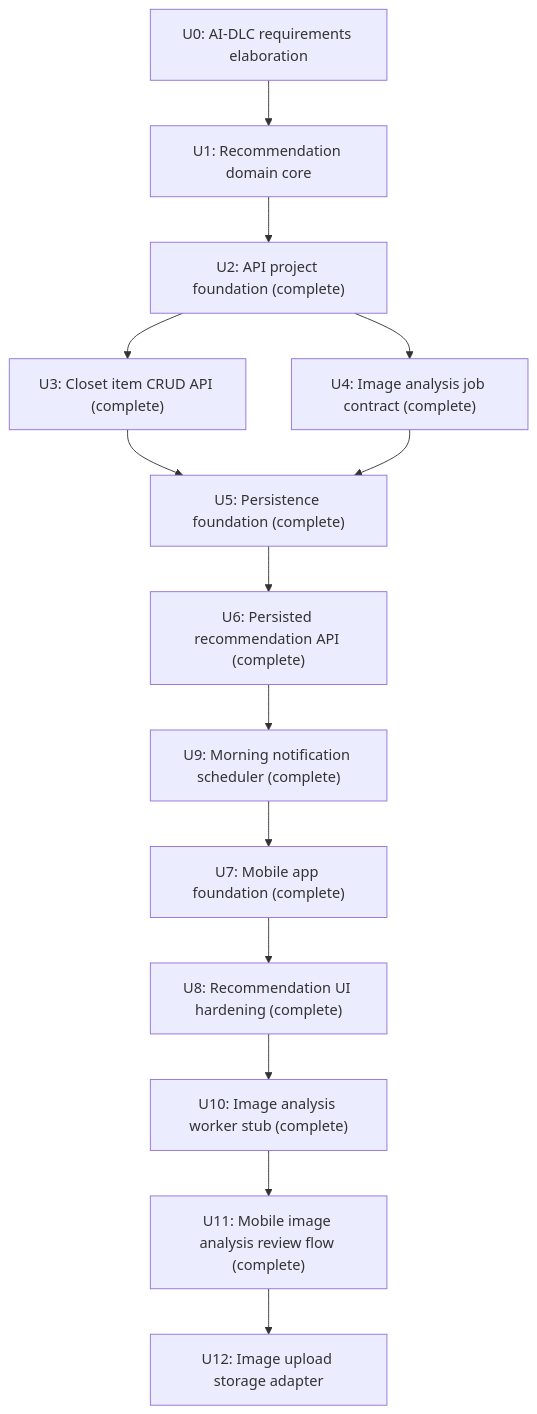
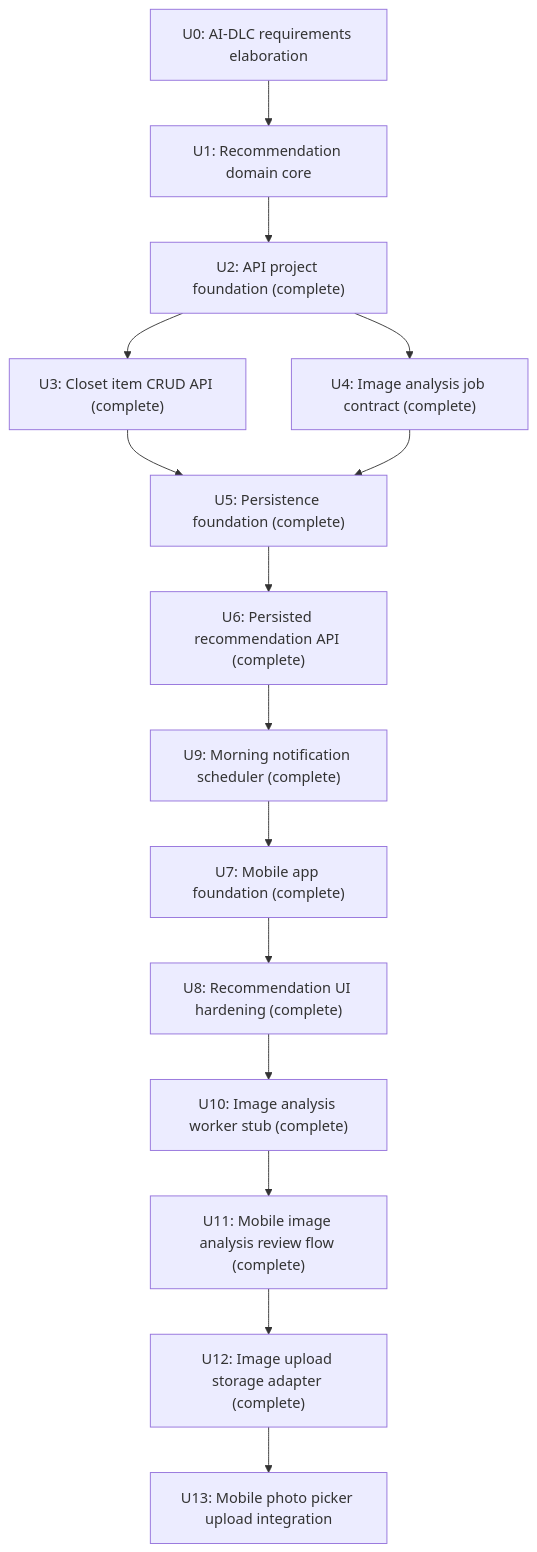
One commit to idealization/Fitlog changed the diagram in requirements/ai_dlc/00_intent.md. Above: the diagram before and after it, drawn with Mermaid. The commit also changed other lines of this file and 13 other files, not shown here.

Commit message:
Add local image upload storage adapter

````diff
--- a/requirements/ai_dlc/00_intent.md
+++ b/requirements/ai_dlc/00_intent.md
@@ -30,16 +30,17 @@
 ```mermaid
 flowchart TD
     U0["U0: AI-DLC requirements elaboration"] --> U1["U1: Recommendation domain core"]
     U1 --> U2["U2: API project foundation (complete)"]
     U2 --> U3["U3: Closet item CRUD API (complete)"]
     U2 --> U4["U4: Image analysis job contract (complete)"]
     U3 --> U5["U5: Persistence foundation (complete)"]
     U4 --> U5
     U5 --> U6["U6: Persisted recommendation API (complete)"]
     U6 --> U9["U9: Morning notification scheduler (complete)"]
     U9 --> U7["U7: Mobile app foundation (complete)"]
     U7 --> U8["U8: Recommendation UI hardening (complete)"]
     U8 --> U10["U10: Image analysis worker stub (complete)"]
     U10 --> U11["U11: Mobile image analysis review flow (complete)"]
-    U11 --> U12["U12: Image upload storage adapter"]
+    U11 --> U12["U12: Image upload storage adapter (complete)"]
+    U12 --> U13["U13: Mobile photo picker upload integration"]
 ```
````
